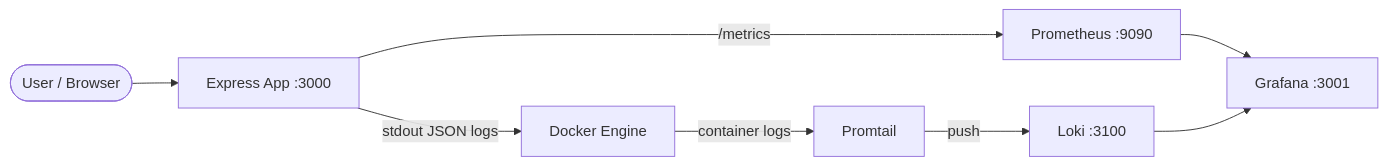
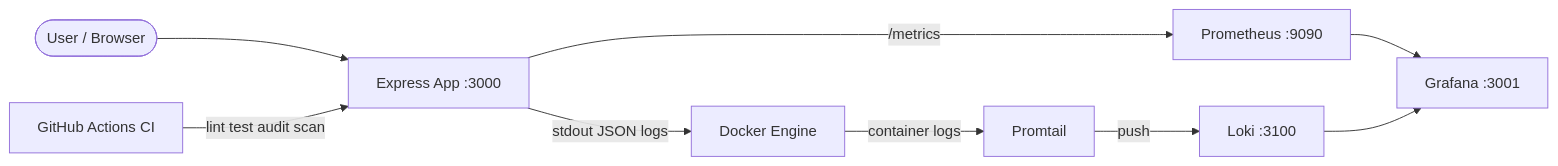
The diagram in README.md (DM5757/devops-observability-lab), drawn with Mermaid before and after one commit. The commit also changed other lines of this file, not shown here.

````diff
--- a/README.md
+++ b/README.md
@@ -16,10 +17,11 @@
 ```mermaid
 flowchart LR
     User([User / Browser]) --> App[Express App :3000]
     App -->|stdout JSON logs| Docker[Docker Engine]
     App -->|/metrics| Prometheus[Prometheus :9090]
     Docker -->|container logs| Promtail[Promtail]
     Promtail -->|push| Loki[Loki :3100]
     Prometheus --> Grafana[Grafana :3001]
     Loki --> Grafana
+    CI[GitHub Actions CI] -->|lint test audit scan| App
 ```
````
